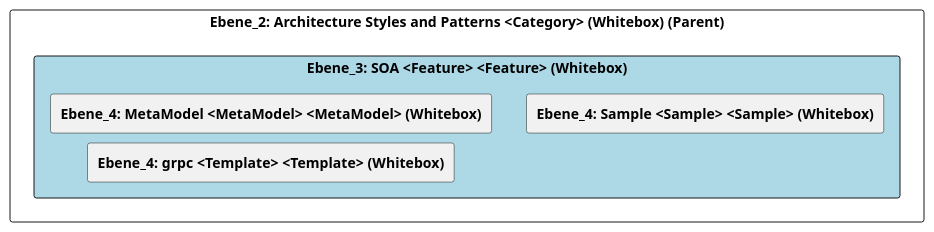
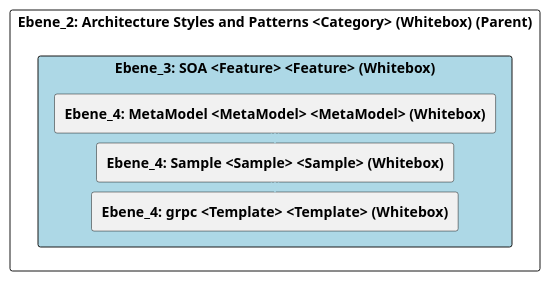
The diagram in doc/cleonproject_deliverables_architecture_model_architecture/adoc/de/05_bausteinsicht/cleon/architecture_styles_and_patterns/soa/ebene_3_soa.adoc (marcozwyssig/cleon), drawn with PlantUML before and after one commit. The commit also changed other lines of this file and 214 other files, not shown here.

```diff
--- a/doc/cleonproject_deliverables_architecture_model_architecture/adoc/de/05_bausteinsicht/cleon/architecture_styles_and_patterns/soa/ebene_3_soa.adoc
+++ b/doc/cleonproject_deliverables_architecture_model_architecture/adoc/de/05_bausteinsicht/cleon/architecture_styles_and_patterns/soa/ebene_3_soa.adoc
@@ -20,26 +20,30 @@
 [plantuml, Ebene_3: SOA <Feature> <Feature> (Whitebox)BlockOverview, format="svg"]
 ----
 @startuml Ebene_3: SOA <Feature> <Feature> (Whitebox)BuildingBlockOverview
 
 skinparam ranksep 10
 skinparam componentStyle rectangle
 skinparam shadowing false
 skinparam arrowColor lightblue
 skinparam arrowThickness 1.2
 skinparam rectangle {
   BackgroundColor White
   BorderColor #333
   RoundCorner 10
 }
 top to bottom direction
 
 component "Ebene_2: Architecture Styles and Patterns <Category> (Whitebox) (Parent)" {
     component "Ebene_3: SOA <Feature> <Feature> (Whitebox)" #lightblue {
         [**Ebene_4: MetaModel <MetaModel> <MetaModel> (Whitebox)**] as 4A56DE44_D579_11EE_903E_9F564E4DE07E
         [**Ebene_4: Sample <Sample> <Sample> (Whitebox)**] as 1DD2DAA6_0414_11F0_B041_CF872C9C3703
         [**Ebene_4: grpc <Template> <Template> (Whitebox)**] as 3C7BAB04_0414_11F0_B041_CF872C9C3703
     }
+
+    4A56DE44_D579_11EE_903E_9F564E4DE07E -down-> 1DD2DAA6_0414_11F0_B041_CF872C9C3703
+    1DD2DAA6_0414_11F0_B041_CF872C9C3703 -down-> 3C7BAB04_0414_11F0_B041_CF872C9C3703
+    
 }
 
 @enduml
 ----
```
